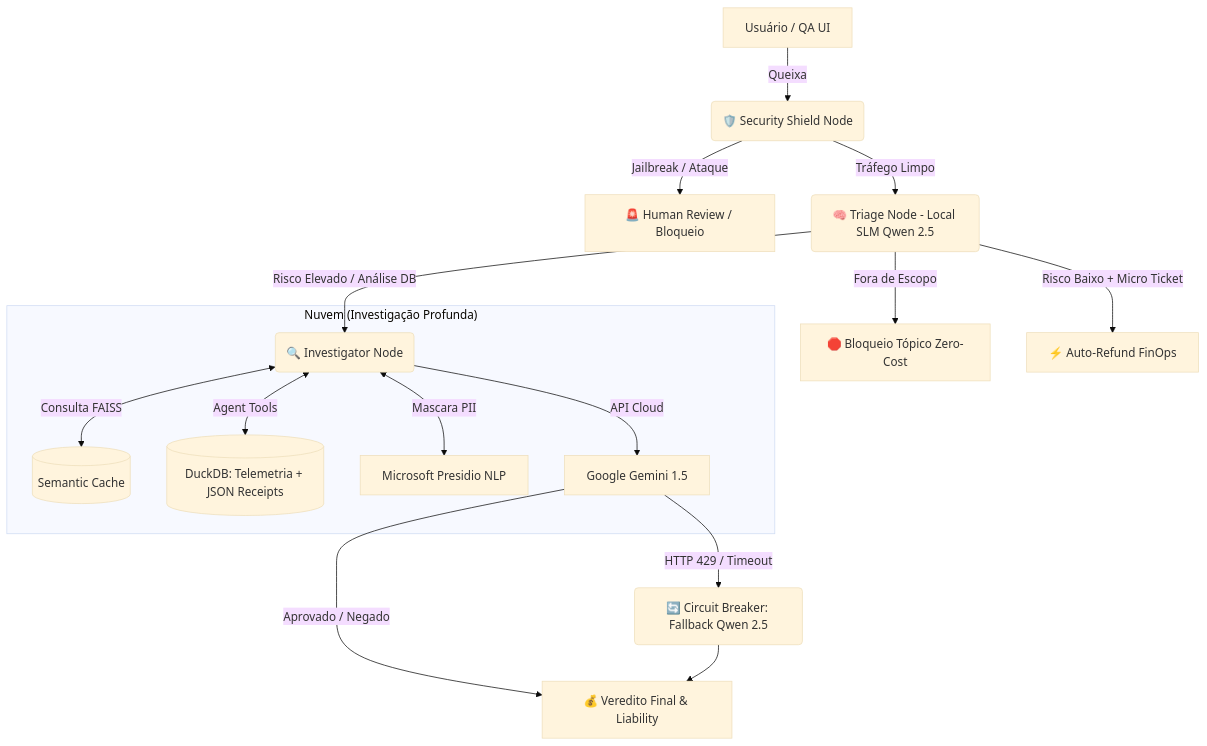
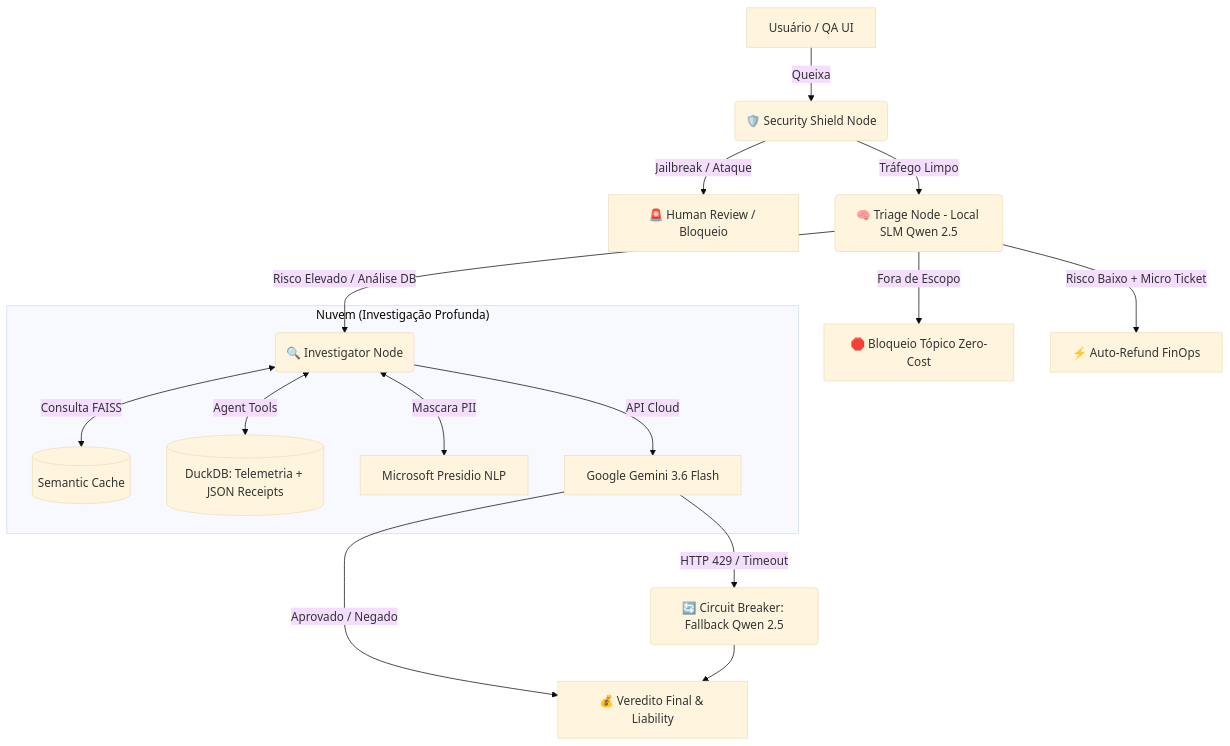
One commit to willarakaki/sentinel-ops changed the diagram in README.md. Above: the diagram before and after it, drawn with Mermaid (base theme). The commit also changed 11 other files, not shown here.

````diff
--- a/README.md
+++ b/README.md
@@ -20,21 +20,21 @@
 ```mermaid
 graph TD
     A[Usuário / QA UI] -->|Queixa| B(🛡️ Security Shield Node)
     B -->|Jailbreak / Ataque| C[🚨 Human Review / Bloqueio]
     B -->|Tráfego Limpo| D(🧠 Triage Node - Local SLM Qwen 2.5)
     
     D -->|Fora de Escopo| E[🛑 Bloqueio Tópico Zero-Cost]
     D -->|Risco Baixo + Micro Ticket| F[⚡ Auto-Refund FinOps]
     D -->|Risco Elevado / Análise DB| G(🔍 Investigator Node)
 
     subgraph "Nuvem (Investigação Profunda)"
         G <-->|Consulta FAISS| H[(Semantic Cache)]
         G <-->|Agent Tools| I[(DuckDB: Telemetria + JSON Receipts)]
         G <-->|Mascara PII| J[Microsoft Presidio NLP]
-        G -->|API Cloud| K[Google Gemini 1.5]
+        G -->|API Cloud| K[Google Gemini 3.6 Flash]
     end
 
     K -->|HTTP 429 / Timeout| L(🔄 Circuit Breaker: Fallback Qwen 2.5)
     K -->|Aprovado / Negado| M[💰 Veredito Final & Liability]
     L --> M
 ```
````
